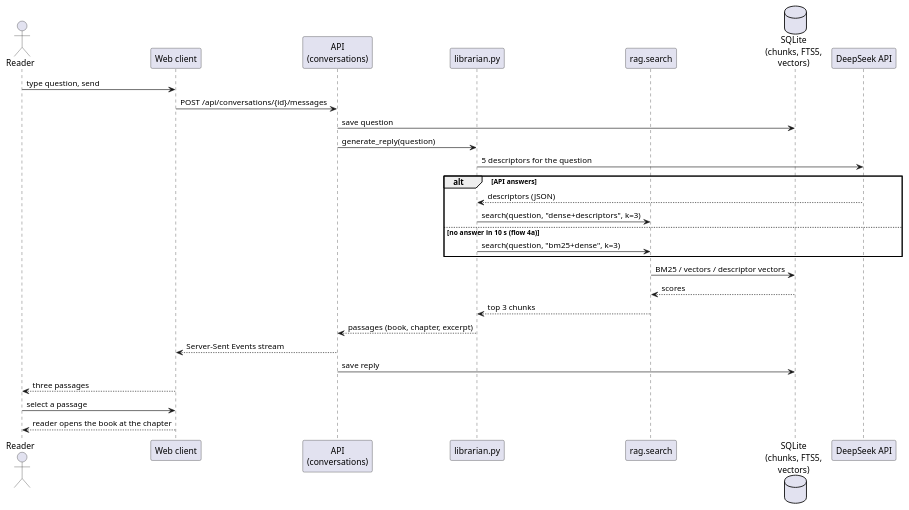
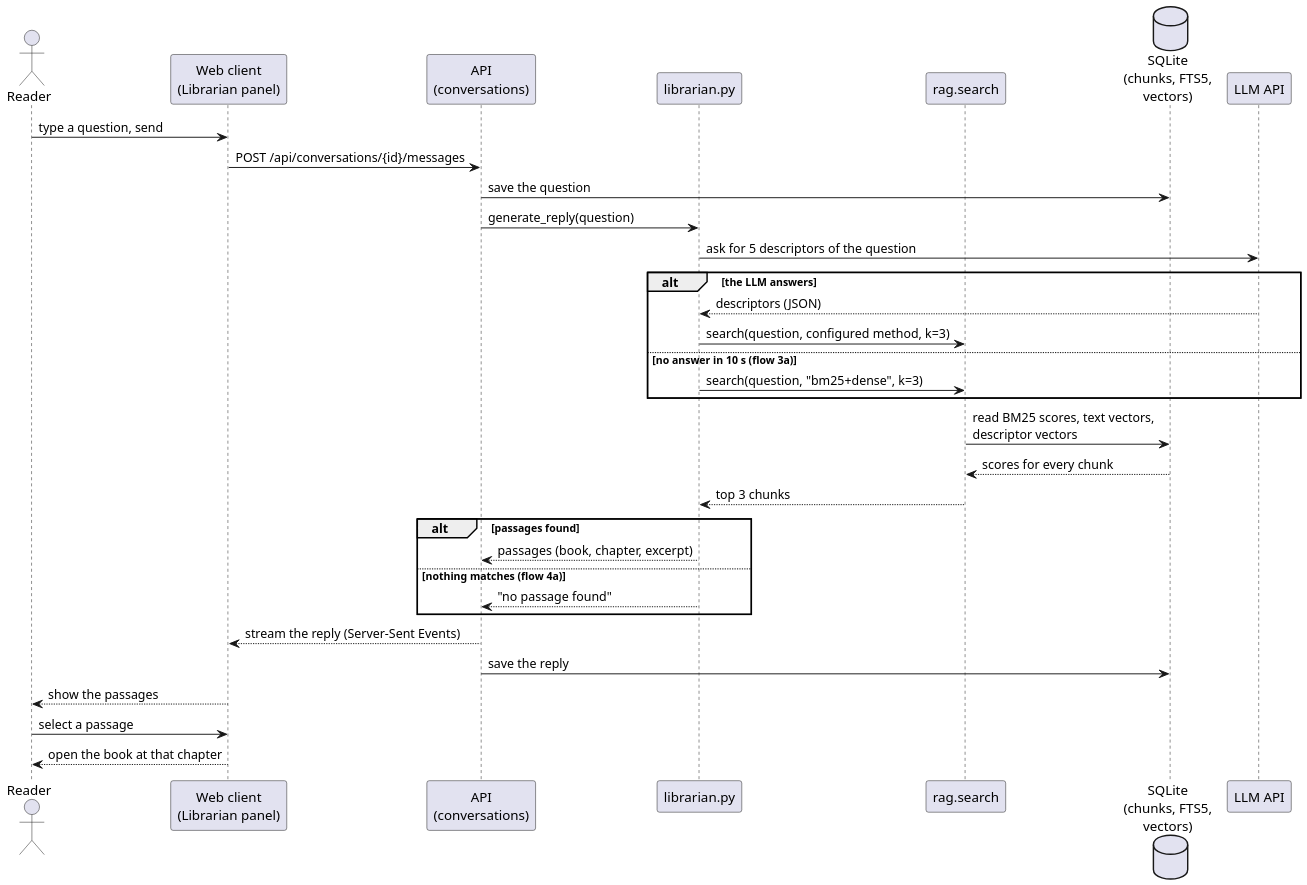
The diagram in docs/ba/diagrams/sequence-uc1.puml (eugene-chekan/libra), drawn with PlantUML before and after one commit. The commit also changed 13 other files, not shown here.

First line of the commit message:
docs: render the BA diagrams and draw the influence/interest matrix

```diff
--- a/docs/ba/diagrams/sequence-uc1.puml
+++ b/docs/ba/diagrams/sequence-uc1.puml
@@ -1,34 +1,40 @@
 @startuml sequence-uc1
-' System sequence diagram for UC-1. Save the render as sequence-uc1.png here.
+' System sequence diagram for UC-1 "Find a passage by question".
+' The flow numbers match the use case in section 2.6 of ba.md.
 skinparam shadowing false
 skinparam defaultFontName Arial
+skinparam dpi 150
 
 actor Reader
-participant "Web client" as Client
+participant "Web client\n(Librarian panel)" as Client
 participant "API\n(conversations)" as API
 participant "librarian.py" as Lib
 participant "rag.search" as Search
 database "SQLite\n(chunks, FTS5,\nvectors)" as DB
-participant "DeepSeek API" as DS
+participant "LLM API" as LLM
 
-Reader -> Client : type question, send
+Reader -> Client : type a question, send
 Client -> API : POST /api/conversations/{id}/messages
-API -> DB : save question
+API -> DB : save the question
 API -> Lib : generate_reply(question)
-Lib -> DS : 5 descriptors for the question
-alt API answers
-  DS --> Lib : descriptors (JSON)
-  Lib -> Search : search(question, "dense+descriptors", k=3)
-else no answer in 10 s (flow 4a)
+Lib -> LLM : ask for 5 descriptors of the question
+alt the LLM answers
+  LLM --> Lib : descriptors (JSON)
+  Lib -> Search : search(question, configured method, k=3)
+else no answer in 10 s (flow 3a)
   Lib -> Search : search(question, "bm25+dense", k=3)
 end
-Search -> DB : BM25 / vectors / descriptor vectors
-DB --> Search : scores
+Search -> DB : read BM25 scores, text vectors,\ndescriptor vectors
+DB --> Search : scores for every chunk
 Search --> Lib : top 3 chunks
-Lib --> API : passages (book, chapter, excerpt)
-API --> Client : Server-Sent Events stream
-API -> DB : save reply
-Client --> Reader : three passages
+alt passages found
+  Lib --> API : passages (book, chapter, excerpt)
+else nothing matches (flow 4a)
+  Lib --> API : "no passage found"
+end
+API --> Client : stream the reply (Server-Sent Events)
+API -> DB : save the reply
+Client --> Reader : show the passages
 Reader -> Client : select a passage
-Client --> Reader : reader opens the book at the chapter
+Client --> Reader : open the book at that chapter
 @enduml
```
